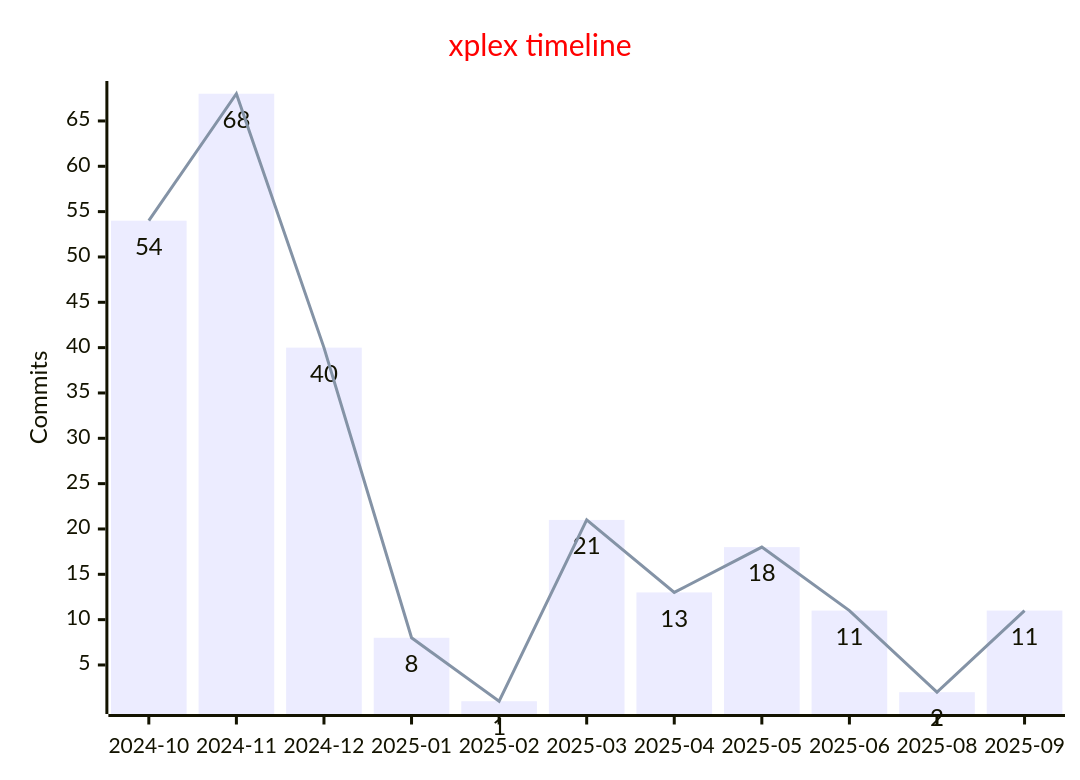
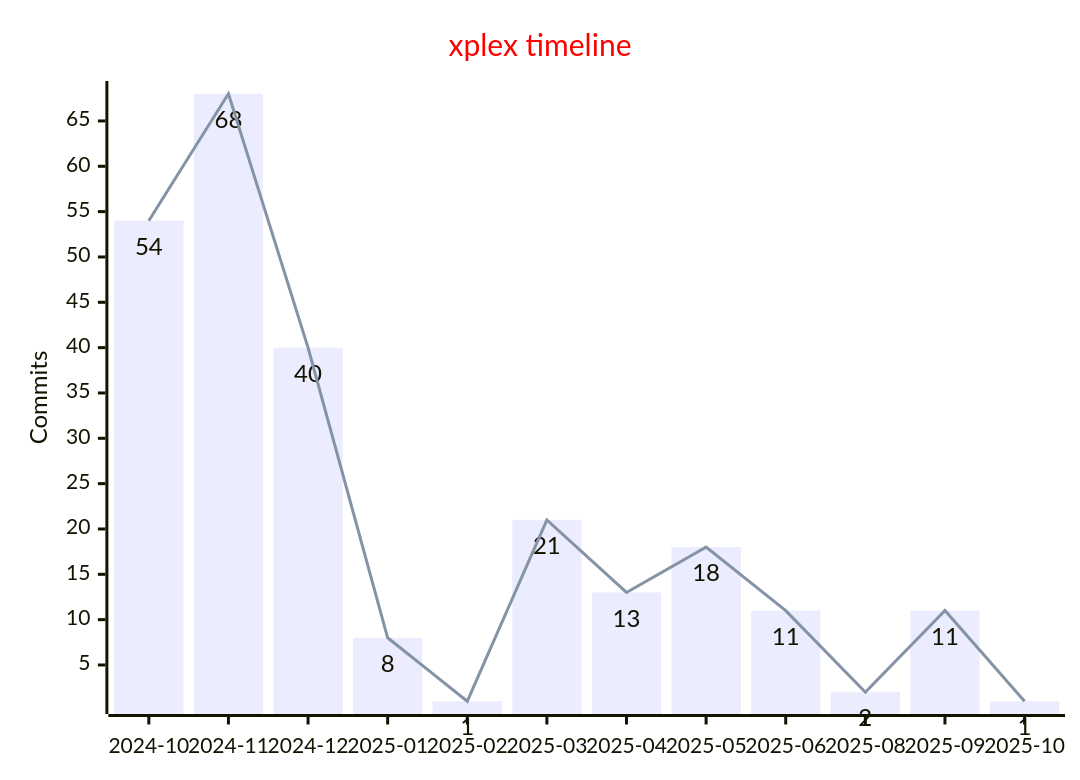
The diagram in README.md (namakshenas/namakshenas), drawn with Mermaid before and after one commit.

Commit message:
Update xplex commit history

````diff
--- a/README.md
+++ b/README.md
@@ -11,16 +11,16 @@
 ```mermaid
 ---
 config:
     xyChart:
         showDataLabel: true
     themeVariables:
         xyChart:
             titleColor: "#ff0000"
 ---
 xychart
   title "xplex timeline"
-  x-axis ["2024-10", "2024-11", "2024-12", "2025-01", "2025-02", "2025-03", "2025-04", "2025-05", "2025-06", "2025-08", "2025-09"]
+  x-axis ["2024-10", "2024-11", "2024-12", "2025-01", "2025-02", "2025-03", "2025-04", "2025-05", "2025-06", "2025-08", "2025-09", "2025-10"]
   y-axis "Commits"
-  bar [54, 68, 40, 8, 1, 21, 13, 18, 11, 2, 11]
-  line [54, 68, 40, 8, 1, 21, 13, 18, 11, 2, 11]
+  bar [54, 68, 40, 8, 1, 21, 13, 18, 11, 2, 11, 1]
+  line [54, 68, 40, 8, 1, 21, 13, 18, 11, 2, 11, 1]
 ```
````
